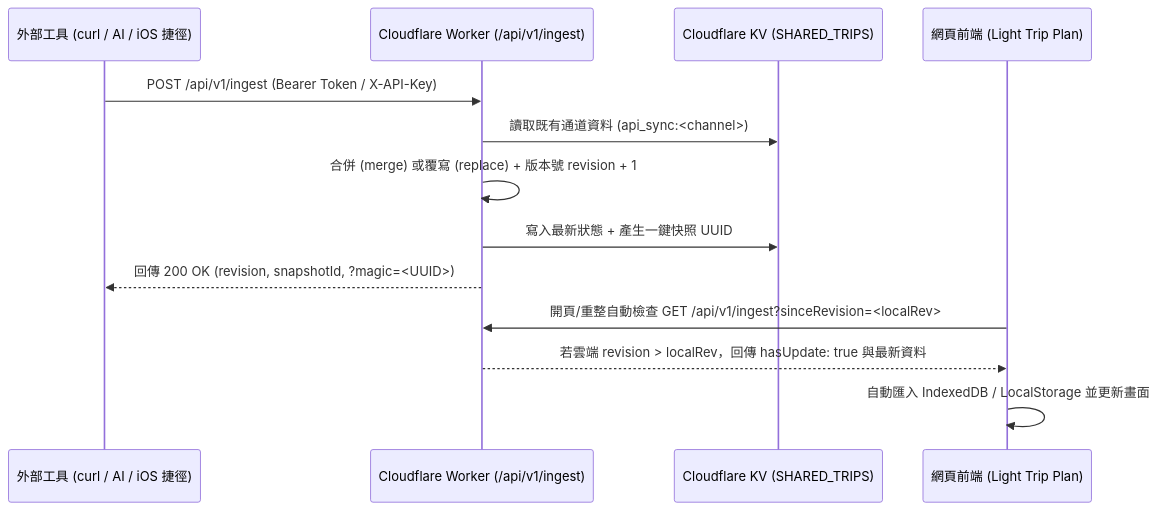
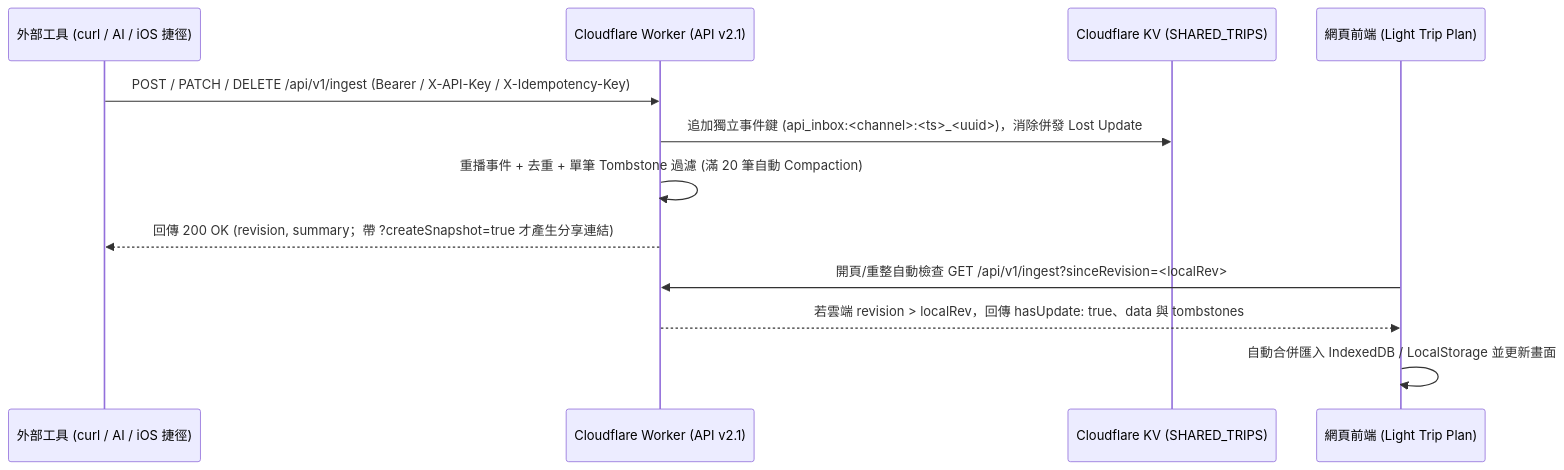
One commit to imhahac/light-trip-plan changed the diagram in cloudflare-worker/API_GUIDE.md. Above: the diagram before and after it, drawn with Mermaid. The commit also changed other lines of this file and 2 other files, not shown here.

Commit message:
docs: update cloudflare deployment and api guides

````diff
--- a/cloudflare-worker/API_GUIDE.md
+++ b/cloudflare-worker/API_GUIDE.md
@@ -10,17 +10,16 @@
 ```mermaid
 sequenceDiagram
     participant Ext as 外部工具 (curl / AI / iOS 捷徑)
-    participant Worker as Cloudflare Worker (/api/v1/ingest)
+    participant Worker as Cloudflare Worker (API v2.1)
     participant KV as Cloudflare KV (SHARED_TRIPS)
     participant Web as 網頁前端 (Light Trip Plan)
 
-    Ext->>Worker: POST /api/v1/ingest (Bearer Token / X-API-Key)
-    Worker->>KV: 讀取既有通道資料 (api_sync:<channel>)
-    Worker->>Worker: 合併 (merge) 或覆寫 (replace) + 版本號 revision + 1
-    Worker->>KV: 寫入最新狀態 + 產生一鍵快照 UUID
-    Worker-->>Ext: 回傳 200 OK (revision, snapshotId, ?magic=<UUID>)
+    Ext->>Worker: POST / PATCH / DELETE /api/v1/ingest (Bearer / X-API-Key / X-Idempotency-Key)
+    Worker->>KV: 追加獨立事件鍵 (api_inbox:<channel>:<ts>_<uuid>)，消除併發 Lost Update
+    Worker->>Worker: 重播事件 + 去重 + 單筆 Tombstone 過濾 (滿 20 筆自動 Compaction)
+    Worker-->>Ext: 回傳 200 OK (revision, summary；帶 ?createSnapshot=true 才產生分享連結)
 
     Web->>Worker: 開頁/重整自動檢查 GET /api/v1/ingest?sinceRevision=<localRev>
-    Worker-->>Web: 若雲端 revision > localRev，回傳 hasUpdate: true 與最新資料
-    Web->>Web: 自動匯入 IndexedDB / LocalStorage 並更新畫面
+    Worker-->>Web: 若雲端 revision > localRev，回傳 hasUpdate: true、data 與 tombstones
+    Web->>Web: 自動合併匯入 IndexedDB / LocalStorage 並更新畫面
 ```
````
